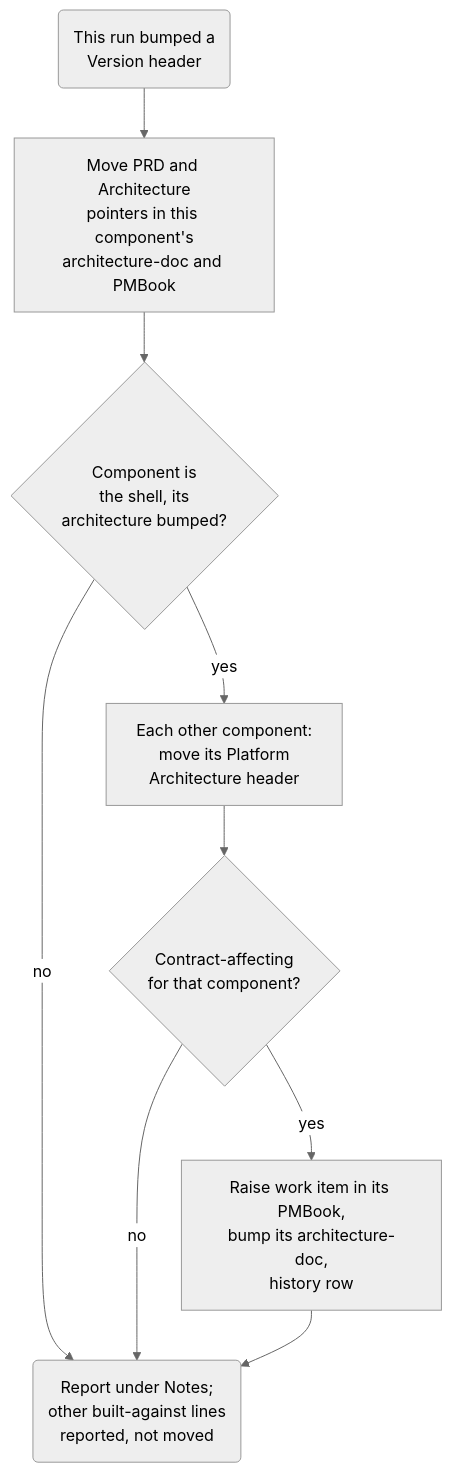
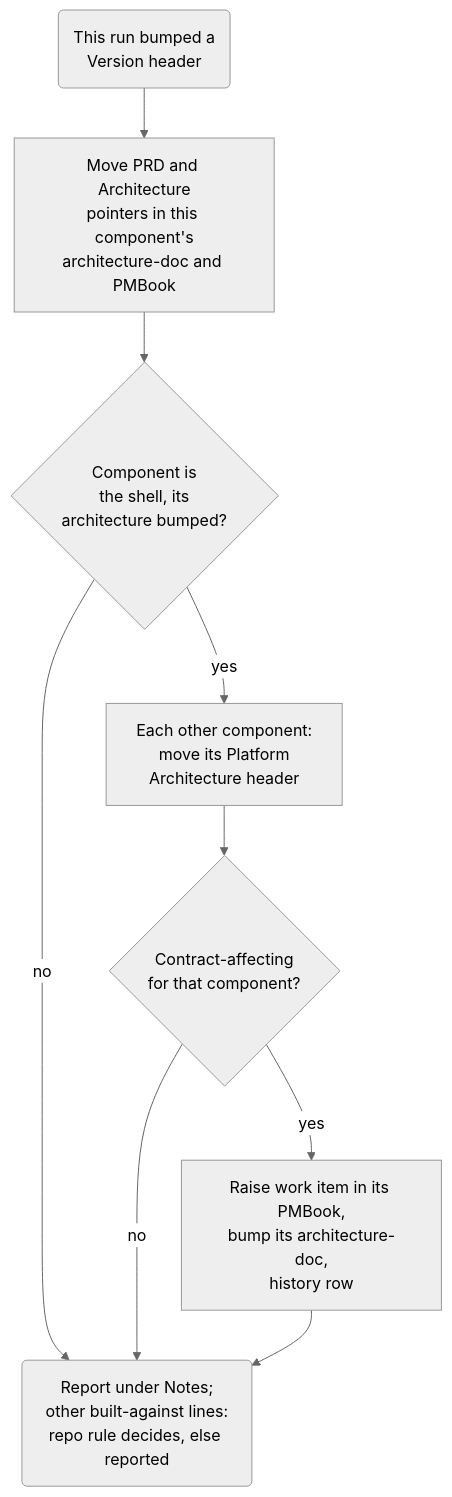
Before and after one commit to muhammedalikhan86/claude-stash: the third of 5 diagrams in skills/plugin-orchestrator-development-pattern/mermaid/07-phase3-finalization.md, drawn with Mermaid (neutral theme). The commit also changed other lines of this file and 18 other files, not shown here.

````diff
--- a/skills/plugin-orchestrator-development-pattern/mermaid/07-phase3-finalization.md
+++ b/skills/plugin-orchestrator-development-pattern/mermaid/07-phase3-finalization.md
@@ -50,11 +50,11 @@
 ```mermaid
 flowchart TD
     S0("This run bumped a<br/>Version header") --> Own["Move PRD and Architecture<br/>pointers in this component's<br/>architecture-doc and PMBook"]
     Own --> Shell{"Component is<br/>the shell, its<br/>architecture bumped?"}
     Shell -->|"no"| Notes
     Shell -->|"yes"| Each["Each other component:<br/>move its Platform<br/>Architecture header"]
     Each --> Aff{"Contract-affecting<br/>for that component?"}
     Aff -->|"yes"| Raise["Raise work item in its PMBook,<br/>bump its architecture-doc,<br/>history row"]
     Aff -->|"no"| Notes
-    Raise --> Notes("Report under Notes;<br/>other built-against lines<br/>reported, not moved")
+    Raise --> Notes("Report under Notes;<br/>other built-against lines:<br/>repo rule decides, else reported")
 ```
````
